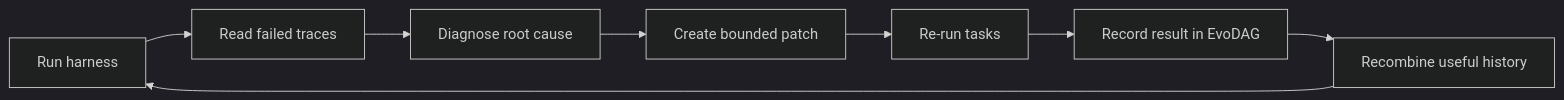
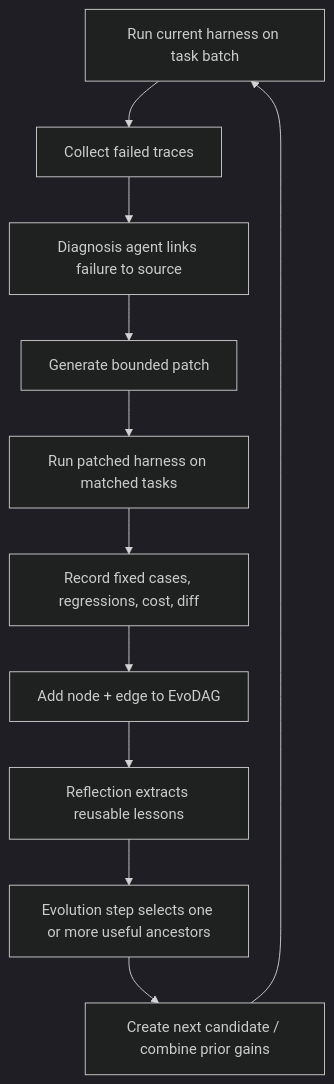
The diagram in _analyses/2608.23041.md (ShadowKingYT444/harness-papers-daily), drawn with Mermaid (dark theme) before and after one commit. The commit also changed other lines of this file and 37 other files, not shown here.

````diff
--- a/_analyses/2608.23041.md
+++ b/_analyses/2608.23041.md
@@ -20,10 +42,13 @@
-```mermaid
-flowchart LR
-    A[Run harness] --> B[Read failed traces]
-    B --> C[Diagnose root cause]
-    C --> D[Create bounded patch]
-    D --> E[Re-run tasks]
-    E --> F[Record result in EvoDAG]
-    F --> G[Recombine useful history]
-    G --> A
-```
+~~~mermaid
+flowchart TD
+    A["Run current harness on task batch"] --> B["Collect failed traces"]
+    B --> C["Diagnosis agent links failure to source"]
+    C --> D["Generate bounded patch"]
+    D --> E["Run patched harness on matched tasks"]
+    E --> F["Record fixed cases, regressions, cost, diff"]
+    F --> G["Add node + edge to EvoDAG"]
+    G --> H["Reflection extracts reusable lessons"]
+    H --> I["Evolution step selects one or more useful ancestors"]
+    I --> J["Create next candidate / combine prior gains"]
+    J --> A
+~~~
````
